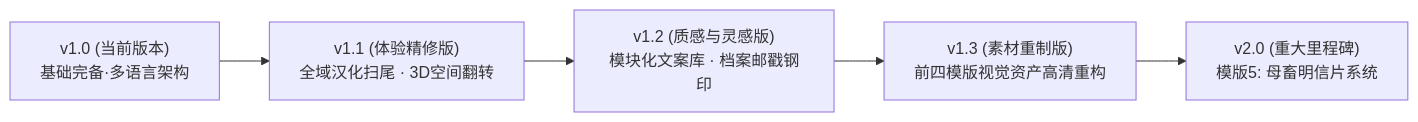
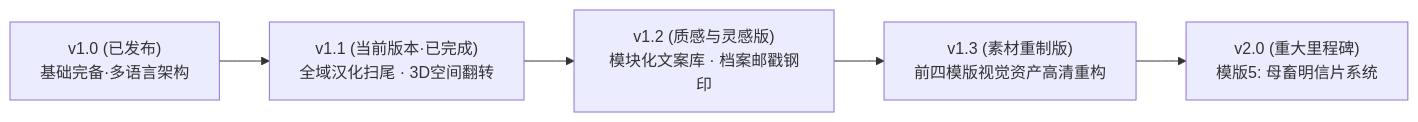
The diagram in Roadmap.md (AmberCH872/Slut-ID-Generator), drawn with Mermaid before and after one commit. The commit also changed other lines of this file and 1 other file, not shown here.

Commit message:
feat: add v1.1 version badges and update roadmap

````diff
--- a/Roadmap.md
+++ b/Roadmap.md
@@ -11,7 +11,7 @@
 ```mermaid
 flowchart LR
-    A["v1.0 (当前版本)<br>基础完备·多语言架构"] --> B["v1.1 (体验精修版)<br>全域汉化扫尾 · 3D空间翻转"]
+    A["v1.0 (已发布)<br>基础完备·多语言架构"] --> B["v1.1 (当前版本·已完成)<br>全域汉化扫尾 · 3D空间翻转"]
     B --> C["v1.2 (质感与灵感版)<br>模块化文案库 · 档案邮戳钢印"]
     C --> D["v1.3 (素材重制版)<br>前四模版视觉资产高清重构"]
     D --> E["v2.0 (重大里程碑)<br>模版5: 母畜明信片系统"]
 ```
````
